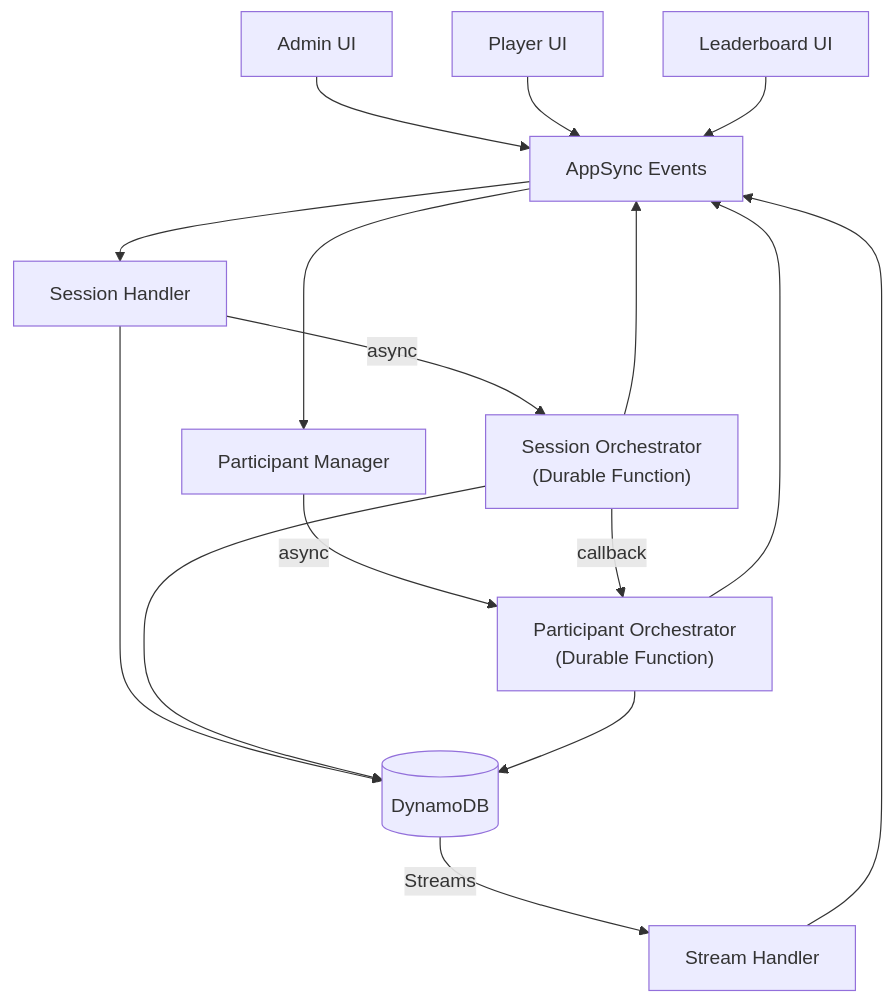
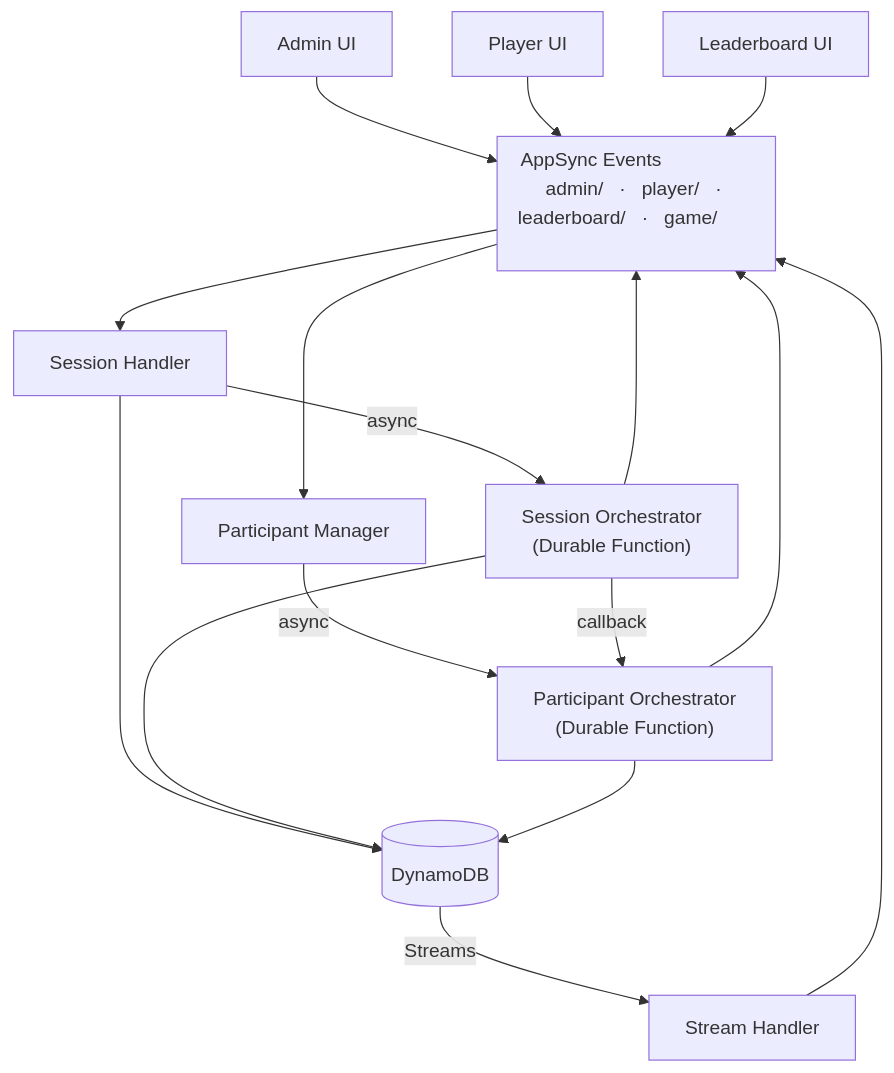
Before and after one commit to singledigit/distributed-trivia: the diagram in README.md, drawn with Mermaid.

Commit message:
Widen AppSync node in diagram

````diff
--- a/README.md
+++ b/README.md
@@ -9,22 +9,25 @@
 ```mermaid
 graph TD
-    Admin["Admin UI"] --> AppSync["AppSync Events"]
+    Admin["Admin UI"] --> AppSync
     Player["Player UI"] --> AppSync
     Leaderboard["Leaderboard UI"] --> AppSync
+
+    subgraph AppSync["AppSync Events &nbsp; &nbsp; &nbsp; &nbsp; &nbsp; &nbsp; &nbsp; &nbsp; &nbsp; admin/ &nbsp; · &nbsp; player/ &nbsp; · &nbsp; leaderboard/ &nbsp; · &nbsp; game/ &nbsp; &nbsp; &nbsp; &nbsp; &nbsp; &nbsp; &nbsp; &nbsp; &nbsp;"]
+    end
 
     AppSync --> SH["Session Handler"]
     AppSync --> PM["Participant Manager"]
 
     SH -->|async| ODF["Session Orchestrator<br/>(Durable Function)"]
     PM -->|async| POD["Participant Orchestrator<br/>(Durable Function)"]
     ODF -->|callback| POD
 
     SH --> DDB[("DynamoDB")]
     ODF --> DDB
     POD --> DDB
 
     DDB -->|Streams| STR["Stream Handler"]
     STR --> AppSync
     ODF --> AppSync
     POD --> AppSync
 ```
````
